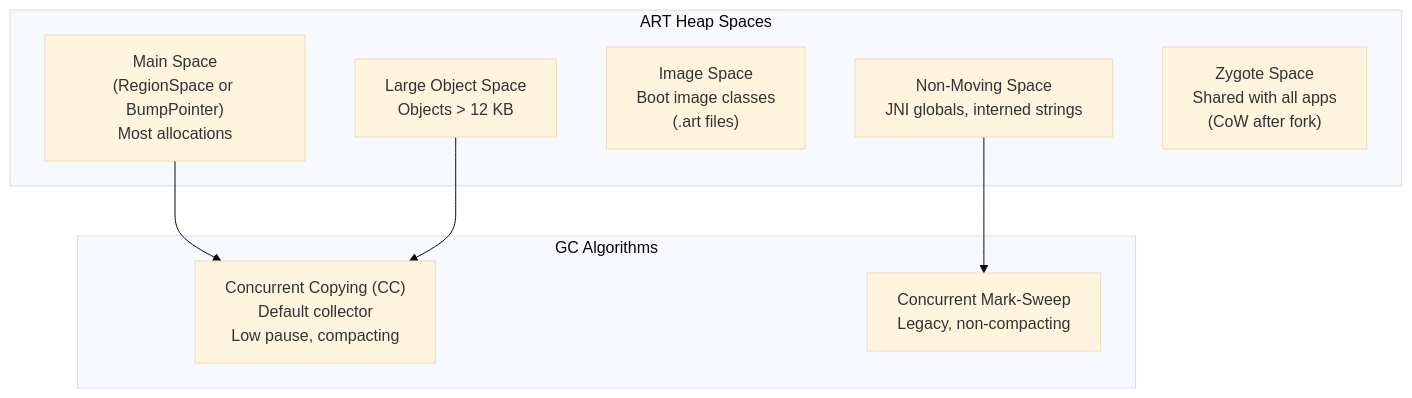
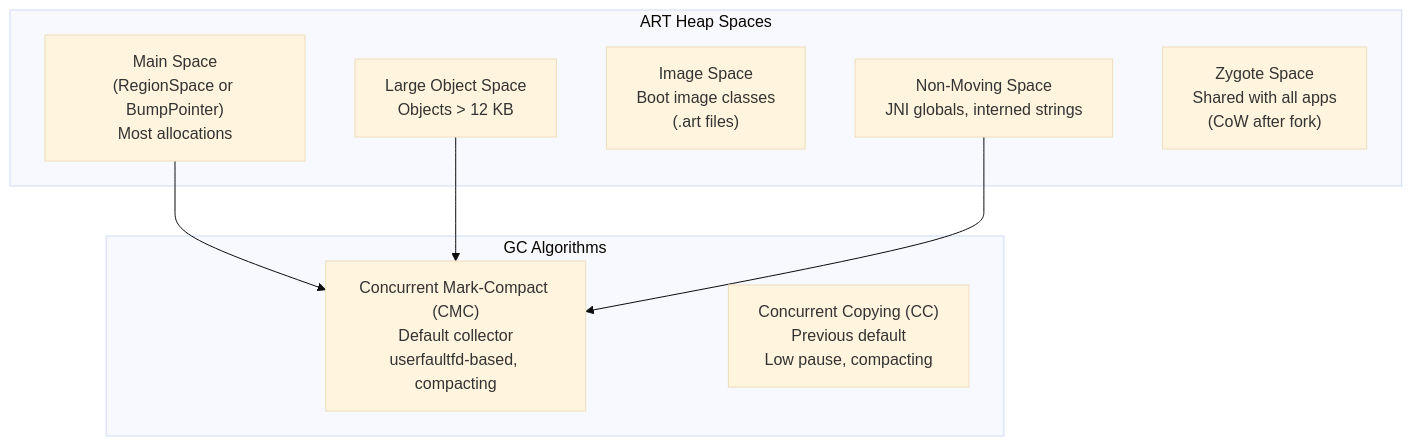
Before and after one commit to aospbooks/aosp-internal-book: diagram 28 of 36 in agents/claude/skills/aosp-native-foundation/08-memory-management.md, drawn with Mermaid (base theme). The commit also changed other lines of this file and 218 other files, not shown here.

````diff
--- a/agents/claude/skills/aosp-native-foundation/08-memory-management.md
+++ b/agents/claude/skills/aosp-native-foundation/08-memory-management.md
@@ -3102,19 +3200,19 @@
 ```mermaid
 graph TD
     subgraph "ART Heap Spaces"
         Main["Main Space<br/>(RegionSpace or BumpPointer)<br/>Most allocations"]
         LOS["Large Object Space<br/>Objects > 12 KB"]
         ImageSpace["Image Space<br/>Boot image classes<br/>(.art files)"]
         NonMoving["Non-Moving Space<br/>JNI globals, interned strings"]
         ZygoteSpace["Zygote Space<br/>Shared with all apps<br/>(CoW after fork)"]
     end
 
     subgraph "GC Algorithms"
-        CC["Concurrent Copying (CC)<br/>Default collector<br/>Low pause, compacting"]
-        CMS["Concurrent Mark-Sweep<br/>Legacy, non-compacting"]
+        CMC["Concurrent Mark-Compact (CMC)<br/>Default collector<br/>userfaultfd-based, compacting"]
+        CC["Concurrent Copying (CC)<br/>Previous default<br/>Low pause, compacting"]
     end
 
-    Main --> CC
-    LOS --> CC
-    NonMoving --> CMS
+    Main --> CMC
+    LOS --> CMC
+    NonMoving --> CMC
 ```
````
